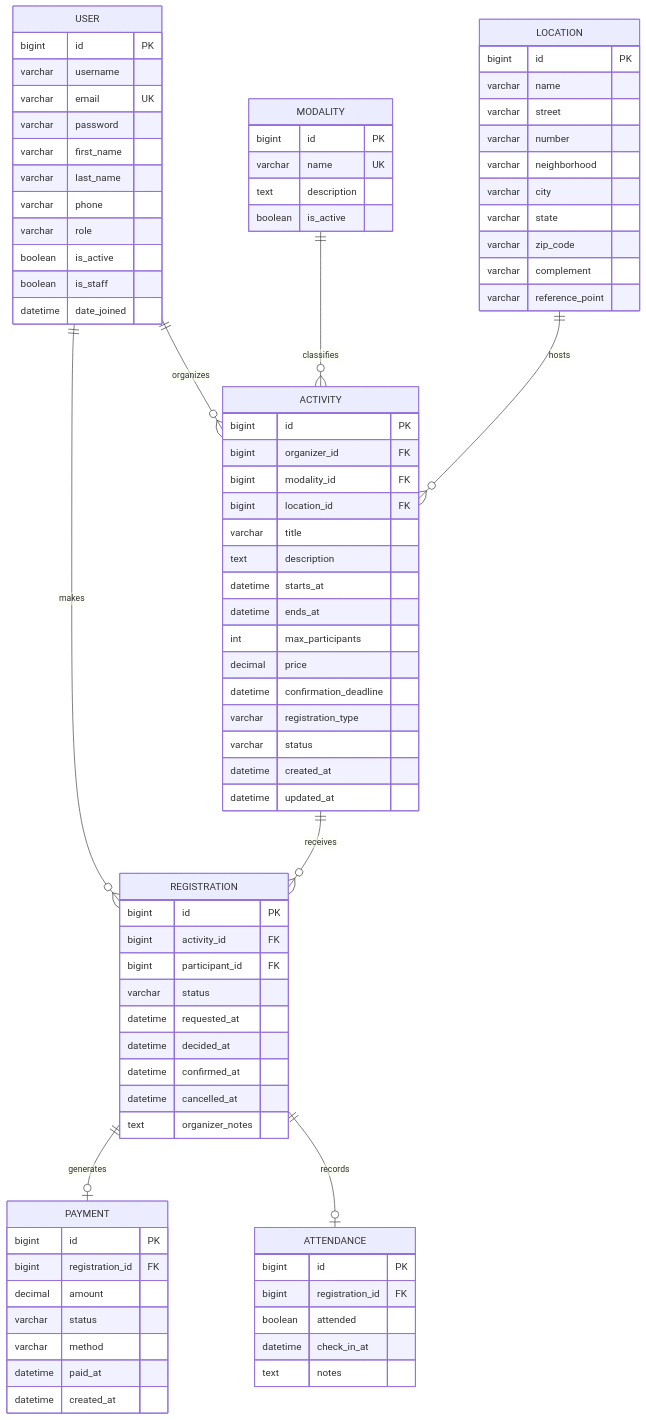
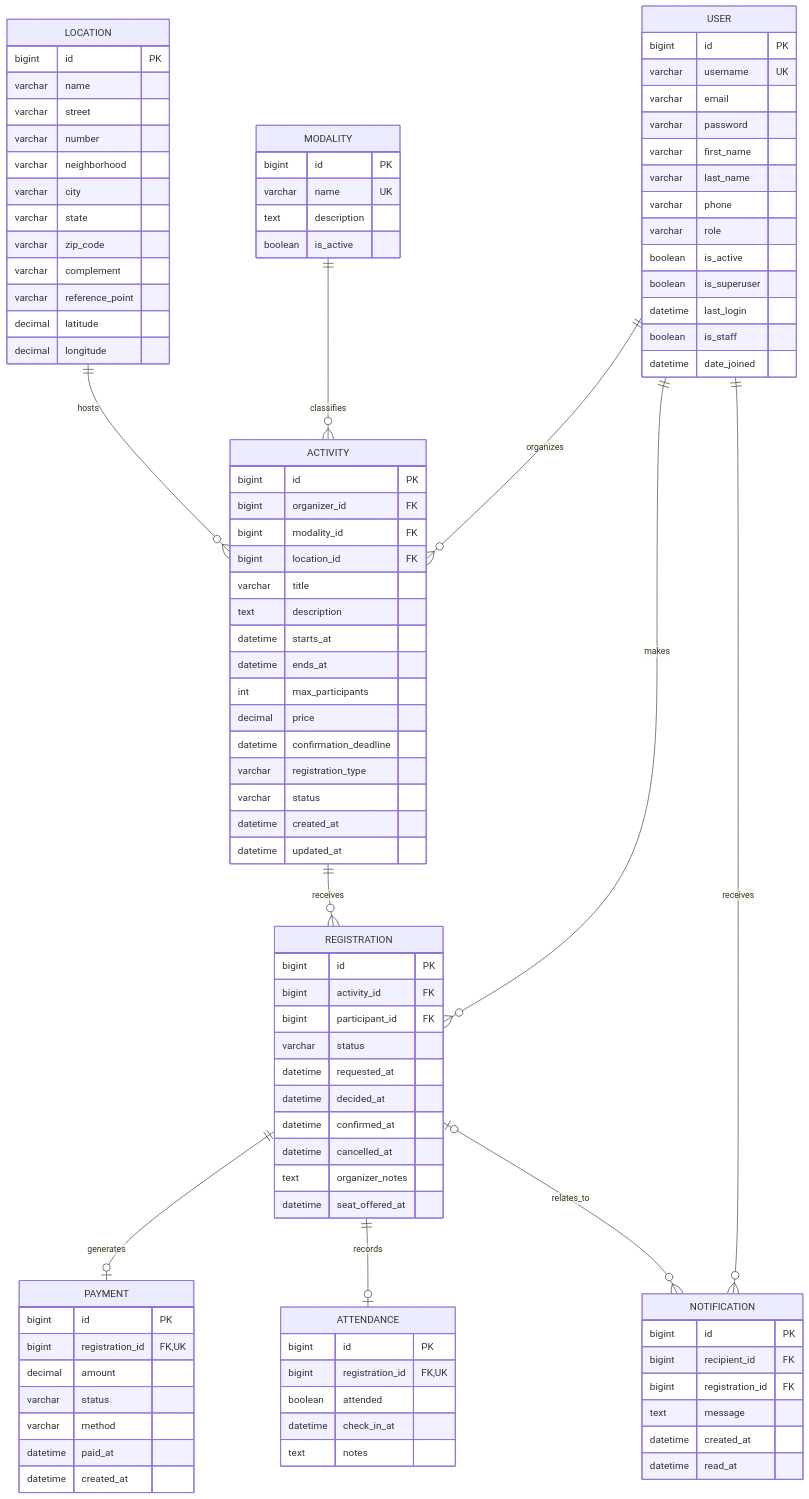
The diagram in docs/der.md (i-am-Gab/JogaJunto), drawn with Mermaid before and after one commit. The commit also changed other lines of this file and 1 other file, not shown here.

Commit message:
Atualiza documentação do projeto
Revisa o README para refletir funcionalidades, arquitetura, instalação e regras atuais. Complementa o DER com notificações, campos opcionais, restrições e integridade referencial.

```diff
--- a/docs/der.md
+++ b/docs/der.md
@@ -15,17 +17,21 @@
 
     REGISTRATION ||--o| PAYMENT : generates
     REGISTRATION ||--o| ATTENDANCE : records
+    USER ||--o{ NOTIFICATION : receives
+    REGISTRATION |o--o{ NOTIFICATION : relates_to
 
     USER {
         bigint id PK
-        varchar username
-        varchar email UK
+        varchar username UK
+        varchar email
         varchar password
         varchar first_name
         varchar last_name
         varchar phone
         varchar role
         boolean is_active
+        boolean is_superuser
+        datetime last_login
         boolean is_staff
         datetime date_joined
     }
@@ -48,6 +54,8 @@
         varchar zip_code
         varchar complement
         varchar reference_point
+        decimal latitude
+        decimal longitude
     }
 
     ACTIVITY {
@@ -78,11 +86,12 @@
         datetime confirmed_at
         datetime cancelled_at
         text organizer_notes
+        datetime seat_offered_at
     }
 
     PAYMENT {
         bigint id PK
-        bigint registration_id FK
+        bigint registration_id FK, UK
         decimal amount
         varchar status
         varchar method
@@ -90,9 +99,18 @@
         datetime created_at
     }
 
+    NOTIFICATION {
+        bigint id PK
+        bigint recipient_id FK
+        bigint registration_id FK
+        text message
+        datetime created_at
+        datetime read_at
+    }
+
     ATTENDANCE {
         bigint id PK
-        bigint registration_id FK
+        bigint registration_id FK, UK
         boolean attended
         datetime check_in_at
         text notes
```
